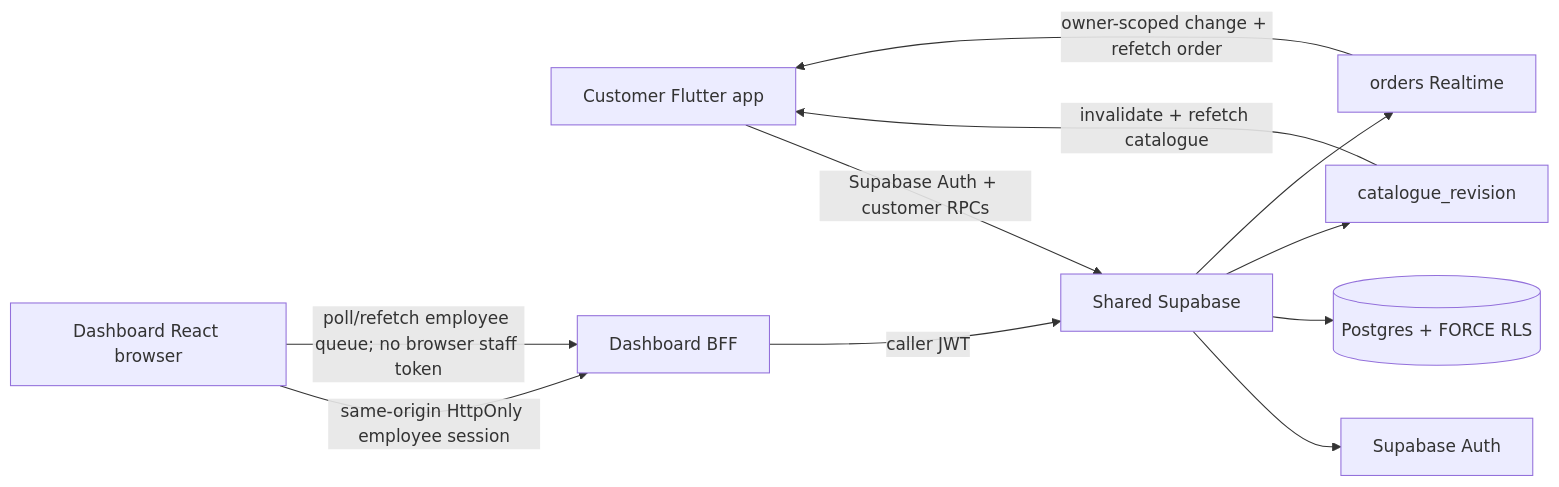
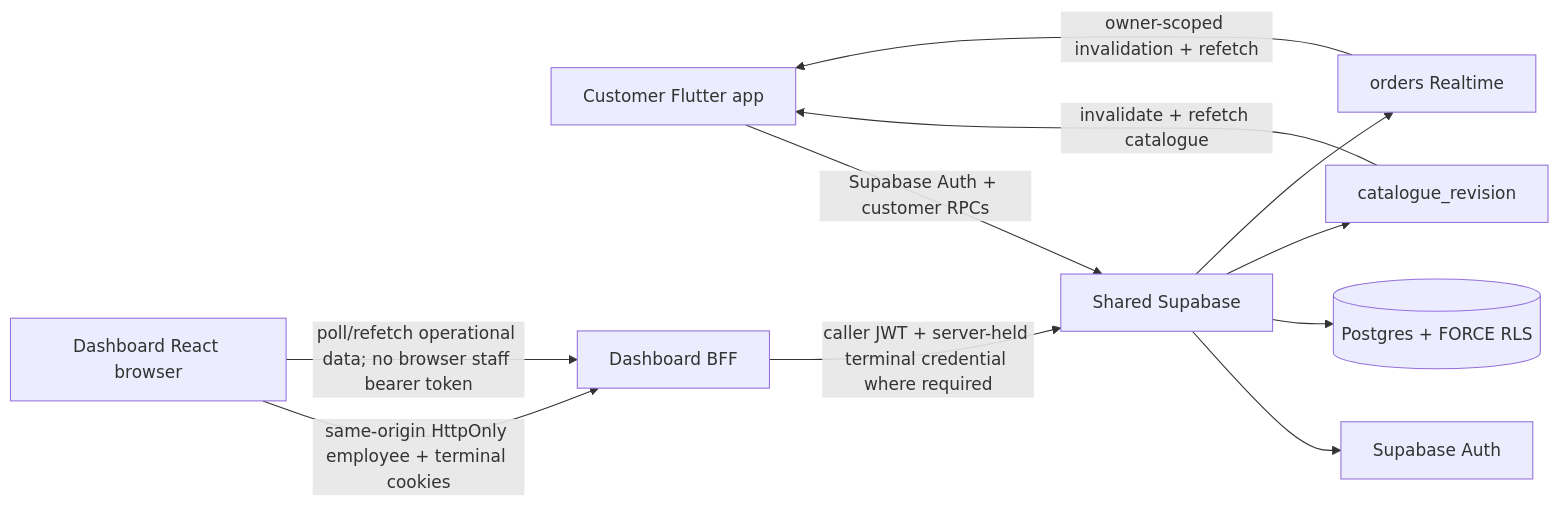
Before and after one commit to Hermann-33/Aida_System-Dashboard: the diagram in docs/context/ARCHITECTURE.md, drawn with Mermaid. The commit also changed other lines of this file, not shown here.

Commit message:
TASK-OPS-002: reconcile architecture with Phase 1 topology

````diff
--- a/docs/context/ARCHITECTURE.md
+++ b/docs/context/ARCHITECTURE.md
@@ -5,13 +7,13 @@
 ```mermaid
 flowchart LR
   C[Customer Flutter app] -->|Supabase Auth + customer RPCs| S[Shared Supabase]
-  D[Dashboard React browser] -->|same-origin HttpOnly employee session| B[Dashboard BFF]
-  B -->|caller JWT| S
+  D[Dashboard React browser] -->|same-origin HttpOnly employee + terminal cookies| B[Dashboard BFF]
+  B -->|caller JWT + server-held terminal credential where required| S
   S --> A[Supabase Auth]
   S --> P[(Postgres + FORCE RLS)]
   S --> CR[catalogue_revision]
   S --> OR[orders Realtime]
   CR -->|invalidate + refetch catalogue| C
-  OR -->|owner-scoped change + refetch order| C
-  D -->|poll/refetch employee queue; no browser staff token| B
+  OR -->|owner-scoped invalidation + refetch| C
+  D -->|poll/refetch operational data; no browser staff bearer token| B
 ```
````
